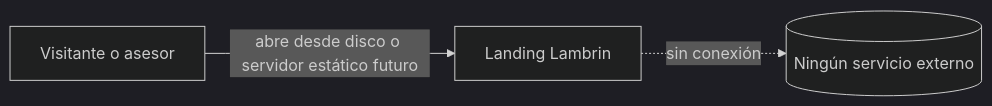
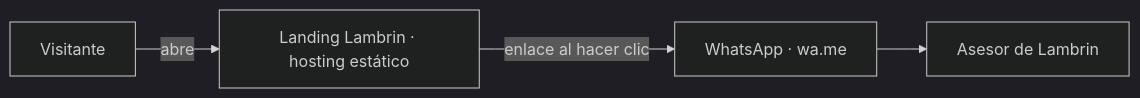
One commit to cafe-orvin/lambrin-landing changed the first of 3 diagrams in blueprints/_sistema/02-diagramas.md. Above: the diagram before and after it, drawn with Mermaid (dark theme). The commit also changed other lines of this file and 9 other files, not shown here.

````diff
--- a/blueprints/_sistema/02-diagramas.md
+++ b/blueprints/_sistema/02-diagramas.md
@@ -5,5 +5,6 @@
 ```mermaid
 flowchart LR
-  V[Visitante o asesor] -->|abre desde disco o servidor estático futuro| L[Landing Lambrin]
-  L -. sin conexión .-> X[(Ningún servicio externo)]
+  V[Visitante] -->|abre| L[Landing Lambrin · hosting estático]
+  L -->|enlace al hacer clic| W[WhatsApp · wa.me]
+  W --> A[Asesor de Lambrin]
 ```
````
